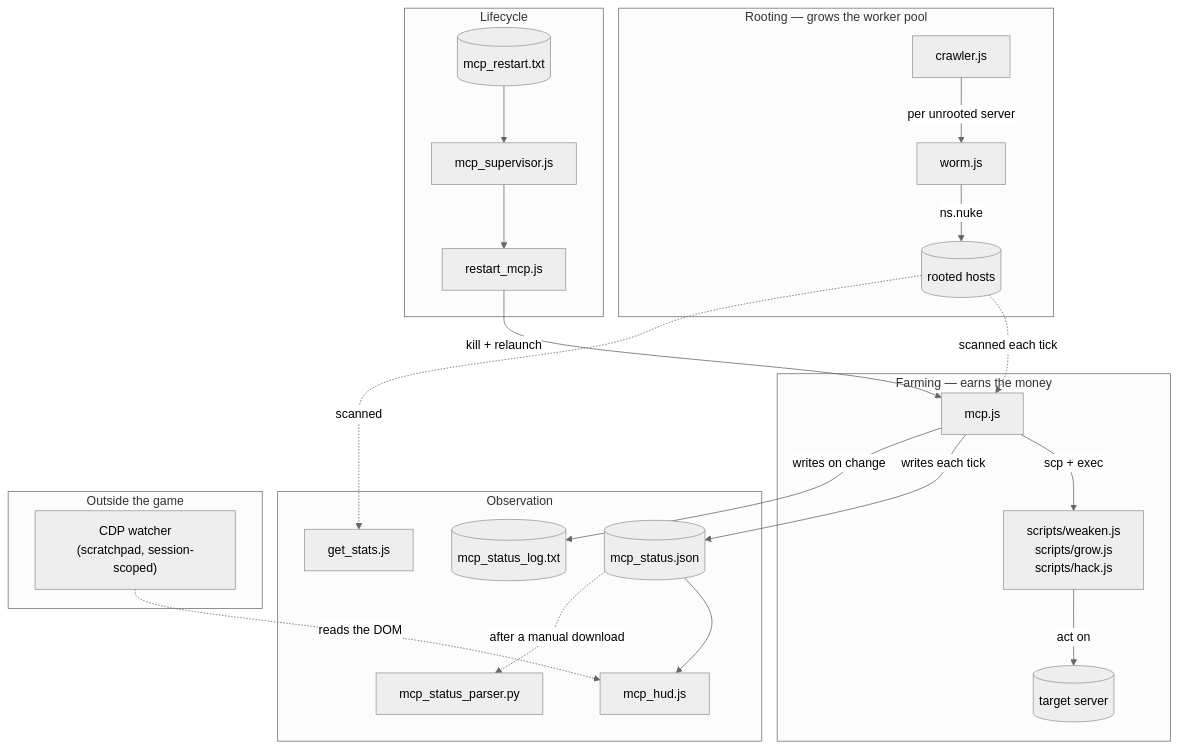
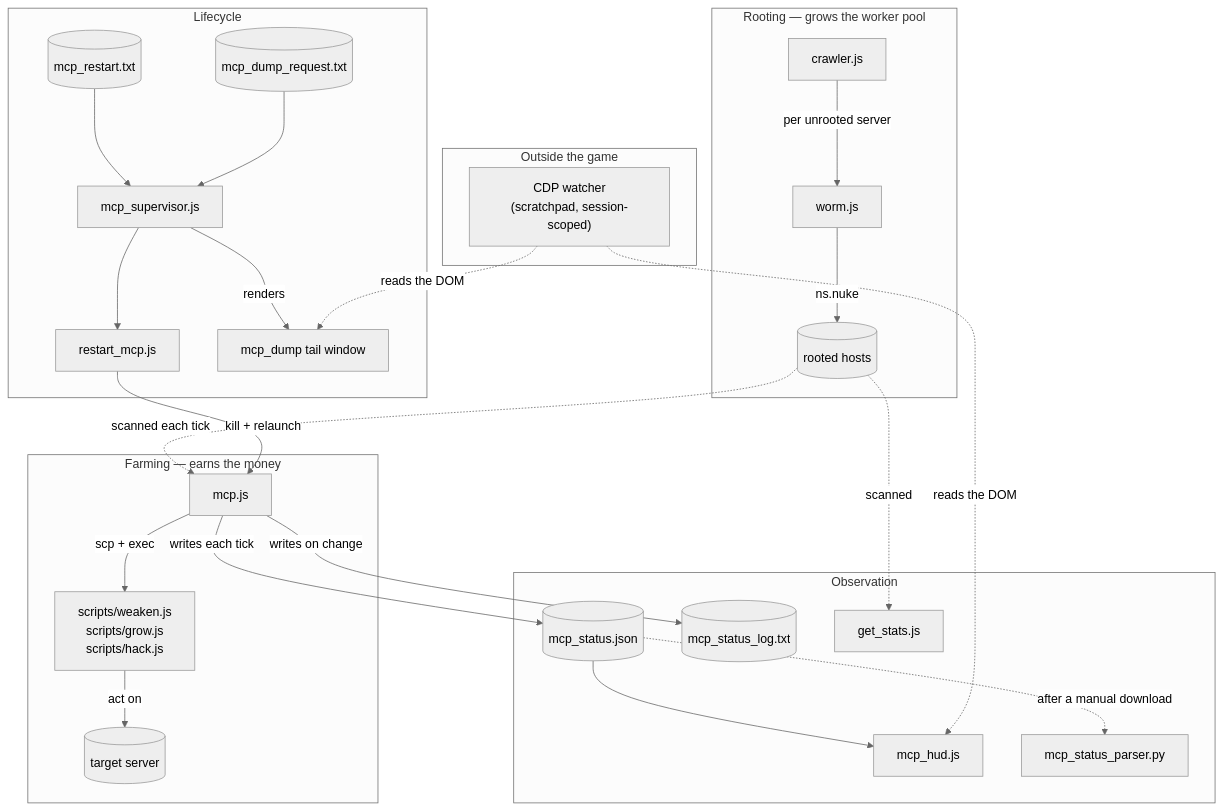
Before and after one commit to waunder/BitBurner: the diagram in docs/processes.md, drawn with Mermaid (neutral theme). The commit also changed other lines of this file and 2 other files, not shown here.

````diff
--- a/docs/processes.md
+++ b/docs/processes.md
@@ -17,31 +17,34 @@
 ```mermaid
 flowchart TB
     subgraph root["Rooting — grows the worker pool"]
         crawler[crawler.js] -->|per unrooted server| worm[worm.js]
         worm -->|ns.nuke| pool[(rooted hosts)]
     end
 
     subgraph farm["Farming — earns the money"]
         mcp[mcp.js] -->|scp + exec| actions["scripts/weaken.js<br/>scripts/grow.js<br/>scripts/hack.js"]
         pool -.->|scanned each tick| mcp
         actions -->|act on| target[(target server)]
     end
 
     subgraph obs["Observation"]
         mcp -->|writes each tick| status[(mcp_status.json)]
         mcp -->|writes on change| logfile[(mcp_status_log.txt)]
         status --> hud[mcp_hud.js]
         pool -.->|scanned| stats[get_stats.js]
         status -.->|after a manual download| parser[mcp_status_parser.py]
     end
 
     subgraph life["Lifecycle"]
         flag[(mcp_restart.txt)] --> sup[mcp_supervisor.js]
         sup --> restart[restart_mcp.js]
         restart -->|kill + relaunch| mcp
+        dumpreq[(mcp_dump_request.txt)] --> sup
+        sup -->|renders| dumptail[mcp_dump tail window]
     end
 
     subgraph out["Outside the game"]
         cdp["CDP watcher<br/>(scratchpad, session-scoped)"] -.->|reads the DOM| hud
+        cdp -.->|reads the DOM| dumptail
     end
 ```
````
